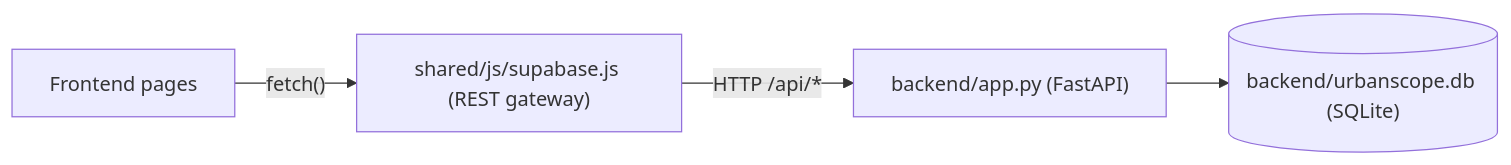
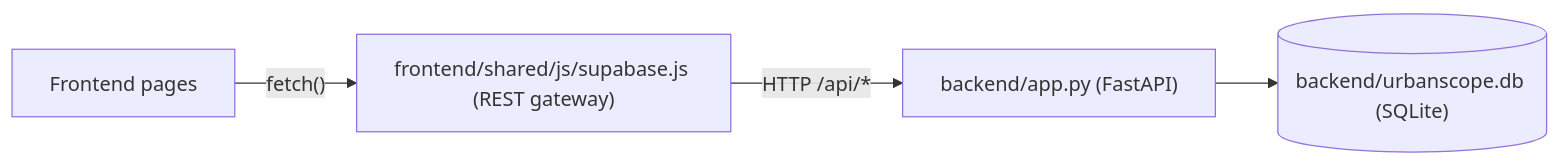
The first of 2 diagrams in DATABASE.md (Gianeuz/UrbanScope), drawn with Mermaid before and after one commit. The commit also changed other lines of this file and 110 other files, not shown here.

````diff
--- a/DATABASE.md
+++ b/DATABASE.md
@@ -22,6 +22,6 @@
 ```mermaid
 flowchart LR
-    Browser["Frontend pages"] -->|"fetch()"| GW["shared/js/supabase.js (REST gateway)"]
+    Browser["Frontend pages"] -->|"fetch()"| GW["frontend/shared/js/supabase.js (REST gateway)"]
     GW -->|"HTTP /api/*"| API["backend/app.py (FastAPI)"]
     API --> DB[("backend/urbanscope.db (SQLite)")]
 ```
````
